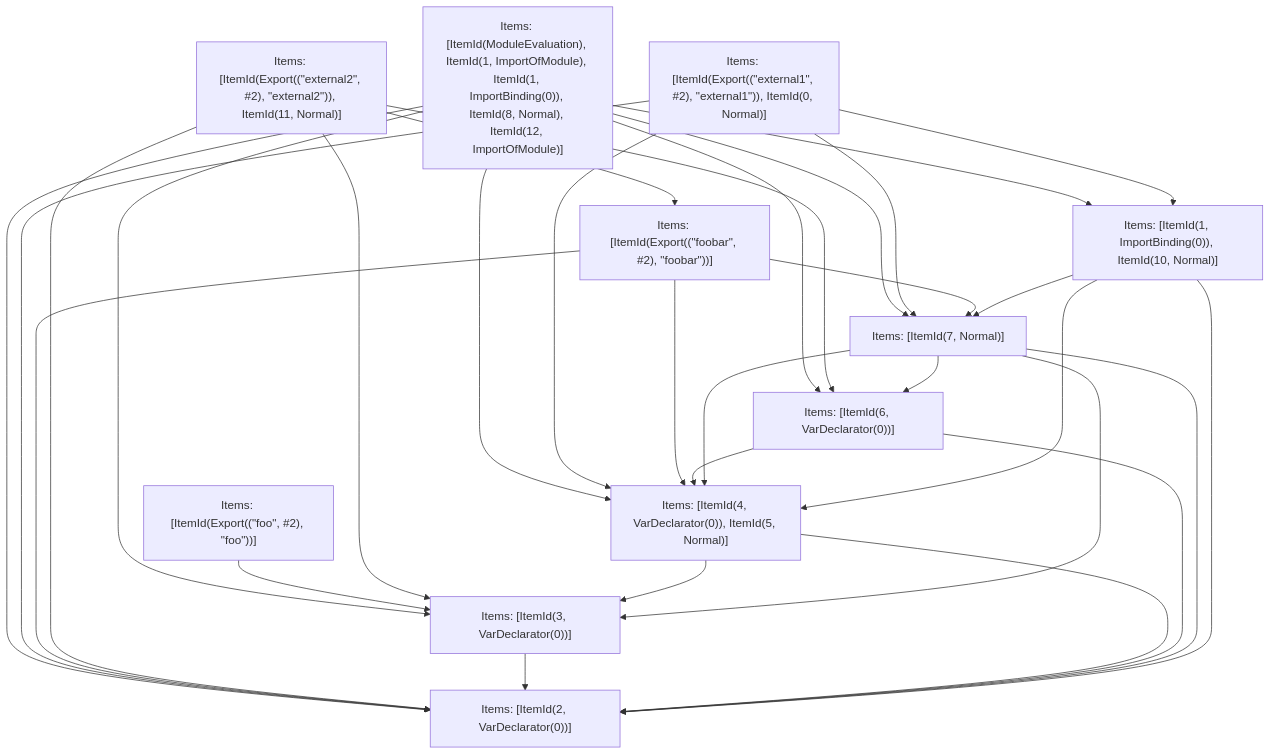
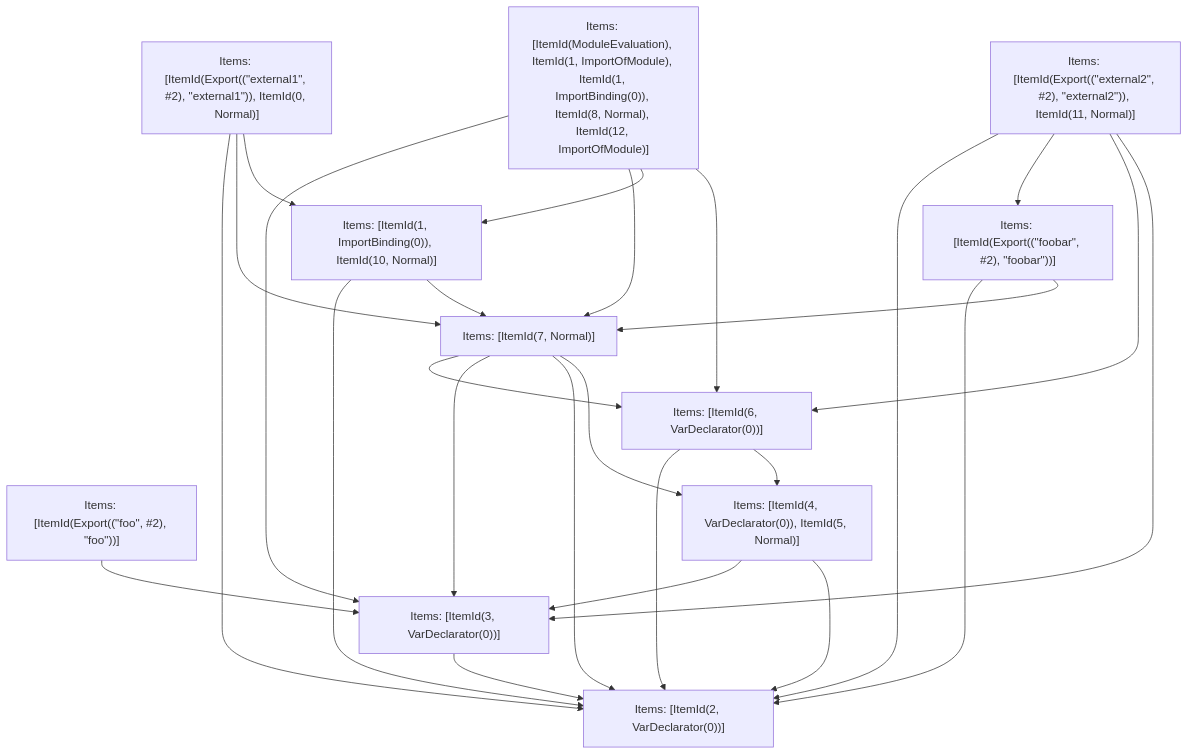
One commit to vercel/turborepo changed the fifth of 5 diagrams in crates/turbopack-ecmascript/tests/tree-shaker/analyzer/2/output.md. Above: the diagram before and after it, drawn with Mermaid. The commit also changed other lines of this file and 32 other files, not shown here.

````diff
--- a/crates/turbopack-ecmascript/tests/tree-shaker/analyzer/2/output.md
+++ b/crates/turbopack-ecmascript/tests/tree-shaker/analyzer/2/output.md
@@ -384,44 +371,39 @@
 ```mermaid
 graph TD
     N0["Items: [ItemId(ModuleEvaluation), ItemId(1, ImportOfModule), ItemId(1, ImportBinding(0)), ItemId(8, Normal), ItemId(12, ImportOfModule)]"];
     N1["Items: [ItemId(Export((&quot;external1&quot;, #2), &quot;external1&quot;)), ItemId(0, Normal)]"];
     N2["Items: [ItemId(Export((&quot;foobar&quot;, #2), &quot;foobar&quot;))]"];
     N3["Items: [ItemId(Export((&quot;foo&quot;, #2), &quot;foo&quot;))]"];
     N4["Items: [ItemId(Export((&quot;external2&quot;, #2), &quot;external2&quot;)), ItemId(11, Normal)]"];
     N5["Items: [ItemId(2, VarDeclarator(0))]"];
     N6["Items: [ItemId(3, VarDeclarator(0))]"];
     N7["Items: [ItemId(4, VarDeclarator(0)), ItemId(5, Normal)]"];
     N8["Items: [ItemId(6, VarDeclarator(0))]"];
     N9["Items: [ItemId(7, Normal)]"];
     N10["Items: [ItemId(1, ImportBinding(0)), ItemId(10, Normal)]"];
     N0 --> N8;
     N0 --> N10;
-    N0 --> N5;
-    N0 --> N7;
     N0 --> N9;
     N0 --> N6;
     N1 --> N10;
+    N1 --> N9;
     N1 --> N5;
-    N1 --> N7;
-    N1 --> N9;
+    N2 --> N9;
     N2 --> N5;
-    N2 --> N7;
-    N2 --> N9;
     N3 --> N6;
     N4 --> N6;
     N4 --> N8;
     N4 --> N2;
     N4 --> N5;
     N6 --> N5;
     N7 --> N5;
     N7 --> N6;
+    N8 --> N7;
     N8 --> N5;
-    N8 --> N7;
+    N9 --> N7;
     N9 --> N5;
-    N9 --> N7;
     N9 --> N6;
     N9 --> N8;
+    N10 --> N9;
     N10 --> N5;
-    N10 --> N7;
-    N10 --> N9;
 ```
````
